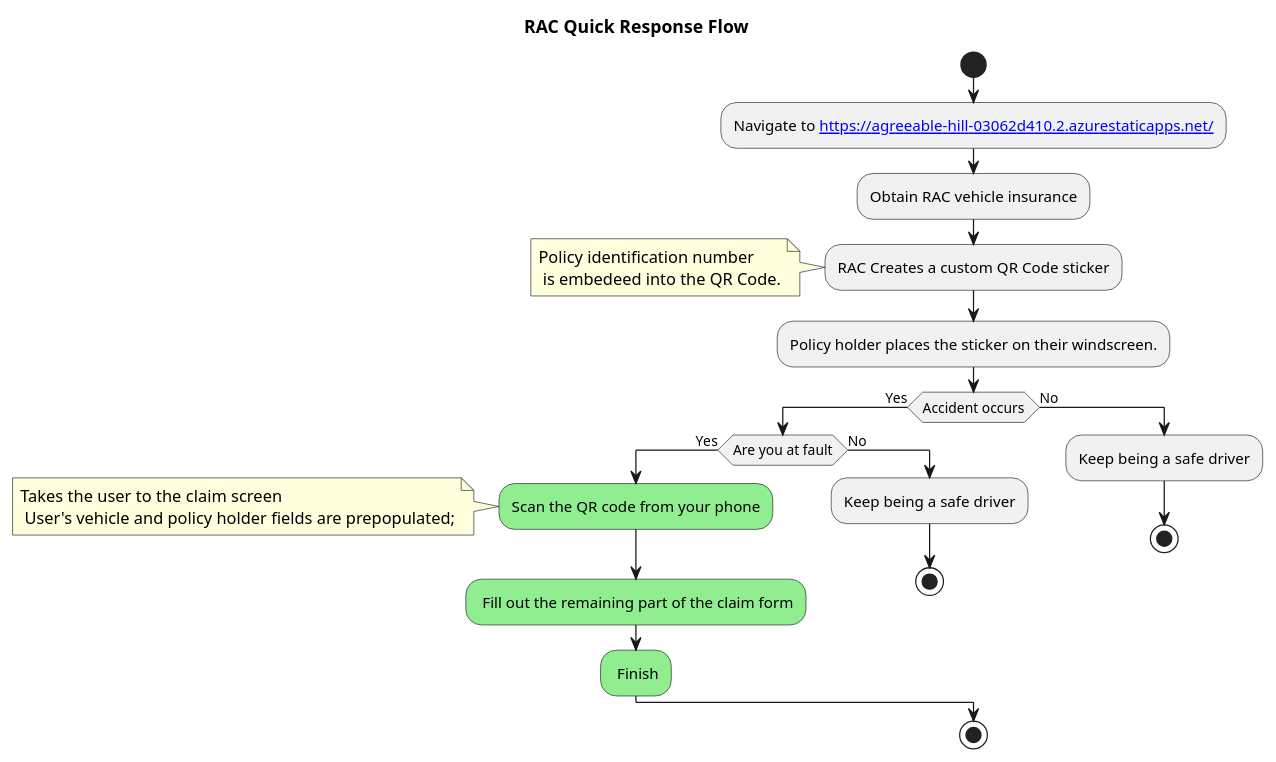
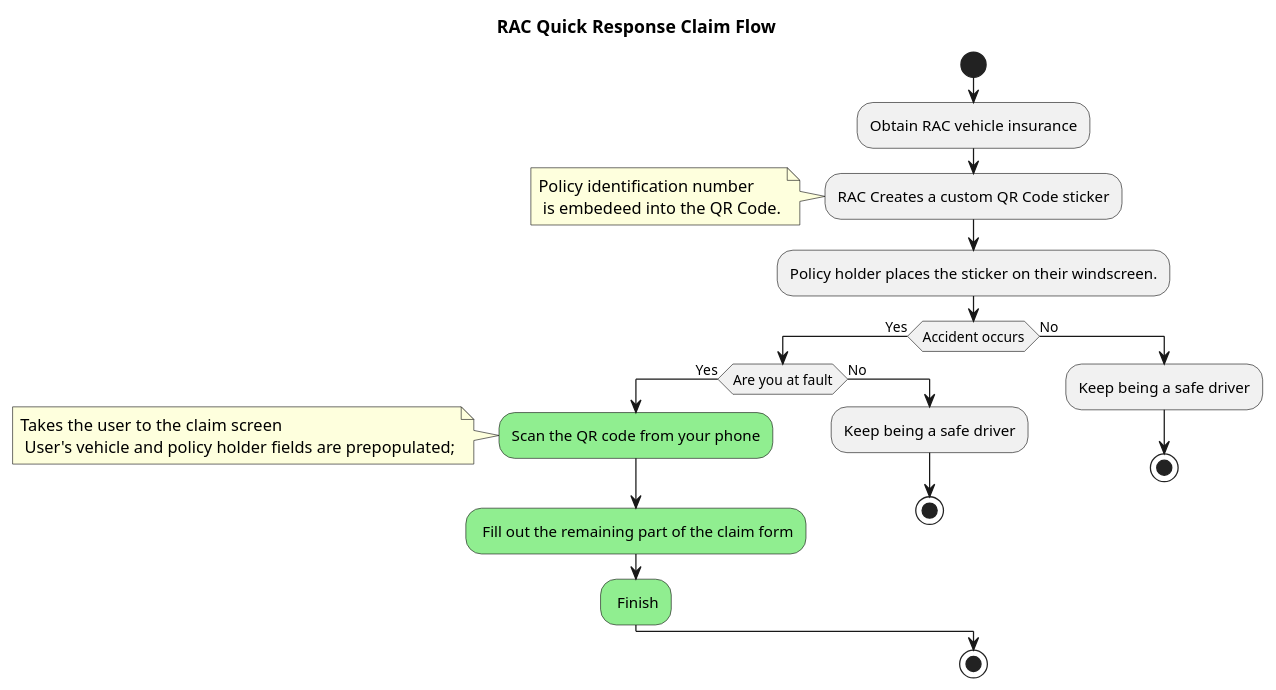
Before and after one commit to aaronrac/qrcodehackday: the diagram in documents/Diagrams/rac_quick_response_flow.plantuml, drawn with PlantUML. The commit also changed 1 other file, not shown here.

```diff
--- a/documents/Diagrams/rac_quick_response_flow.plantuml
+++ b/documents/Diagrams/rac_quick_response_flow.plantuml
@@ -1,41 +1,42 @@
 @startuml
 ' !theme materia
 
-title RAC Quick Response Flow
+title RAC Quick Response Claim Flow
+
+' :Navigate to [[https://agreeable-hill-03062d410.2.azurestaticapps.net/]];
 
 start
 
-:Navigate to [[https://agreeable-hill-03062d410.2.azurestaticapps.net/]];
 
 :Obtain RAC vehicle insurance;
 
 :RAC Creates a custom QR Code sticker;
 note left: Policy identification number \n is embedeed into the QR Code.
 
 :Policy holder places the sticker on their windscreen.;
 
 if (Accident occurs) then (Yes)
 
     if (Are you at fault) then (Yes)
         #lightgreen :Scan the QR code from your phone;
         note left: Takes the user to the claim screen \n User's vehicle and policy holder fields are prepopulated;
     
         #lightgreen: Fill out the remaining part of the claim form;
 
         #lightgreen: Finish;
 
     else (No)
        :Keep being a safe driver;
         stop
     endif
 
 else (No)
     :Keep being a safe driver;
     stop
 endif
 
 
 
 stop
 
 @enduml
```
